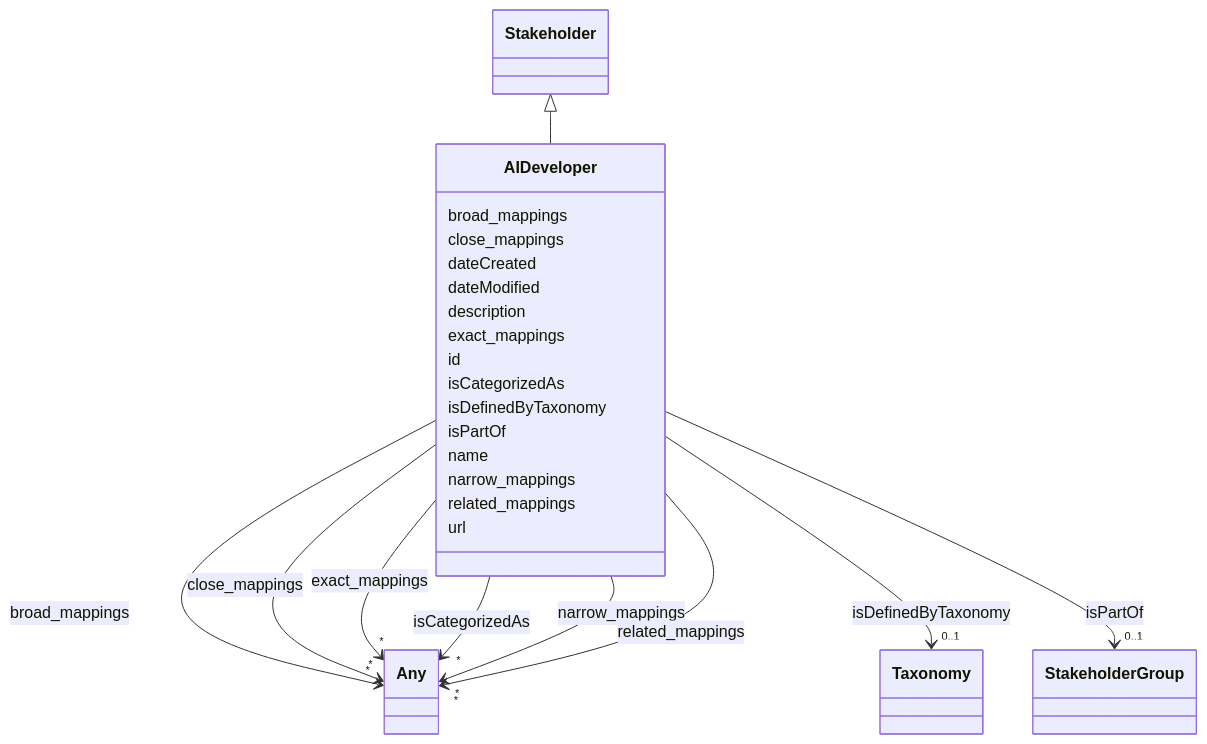
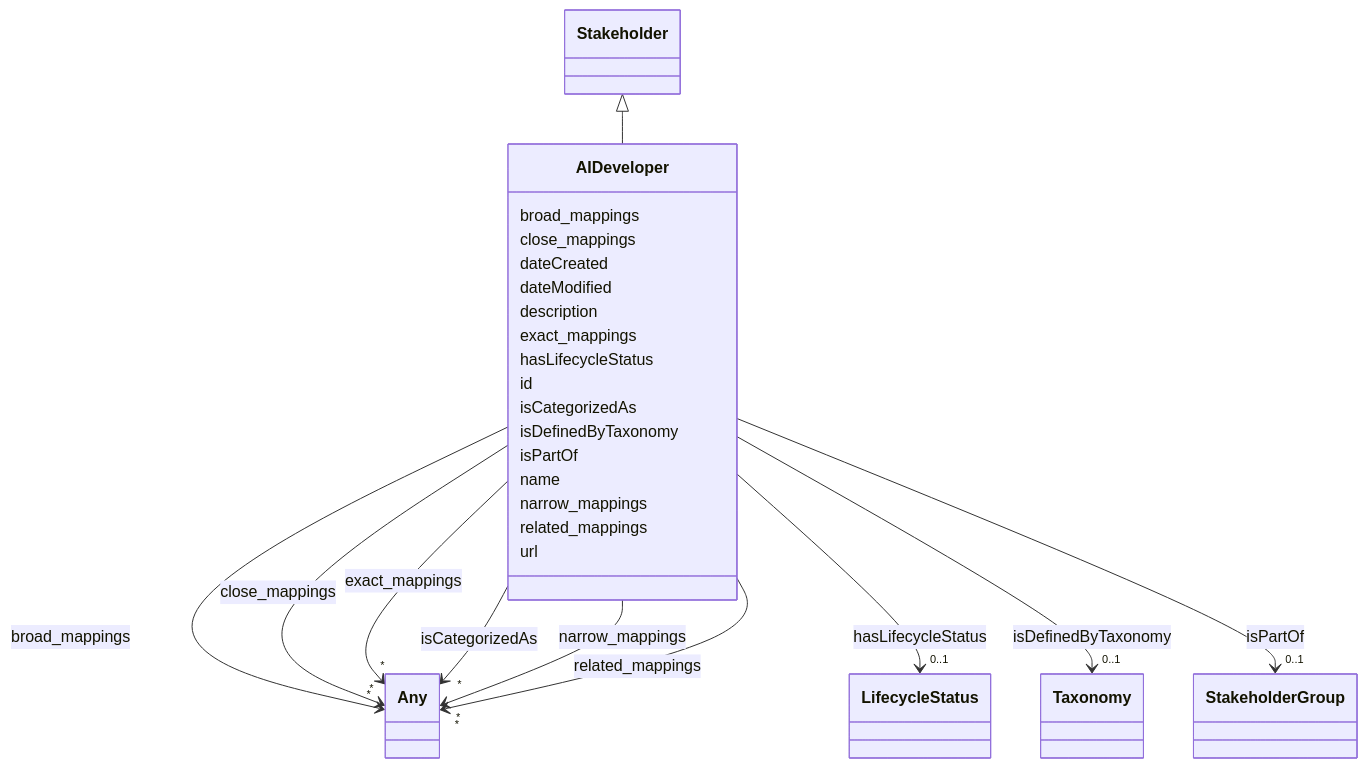
Before and after one commit to ingelise/risk-atlas-nexus: the diagram in docs/ontology/AIDeveloper.md, drawn with Mermaid. The commit also changed other lines of this file and 206 other files, not shown here.

```diff
--- a/docs/ontology/AIDeveloper.md
+++ b/docs/ontology/AIDeveloper.md
@@ -54,6 +54,17 @@
 
         AIDeveloper --> "*" Any : exact_mappings
         click Any href "../Any/"
+
+
+
+      AIDeveloper : hasLifecycleStatus
+
+
+
+
+
+        AIDeveloper --> "0..1" LifecycleStatus : hasLifecycleStatus
+        click LifecycleStatus href "../LifecycleStatus/"
 
 
 
```
